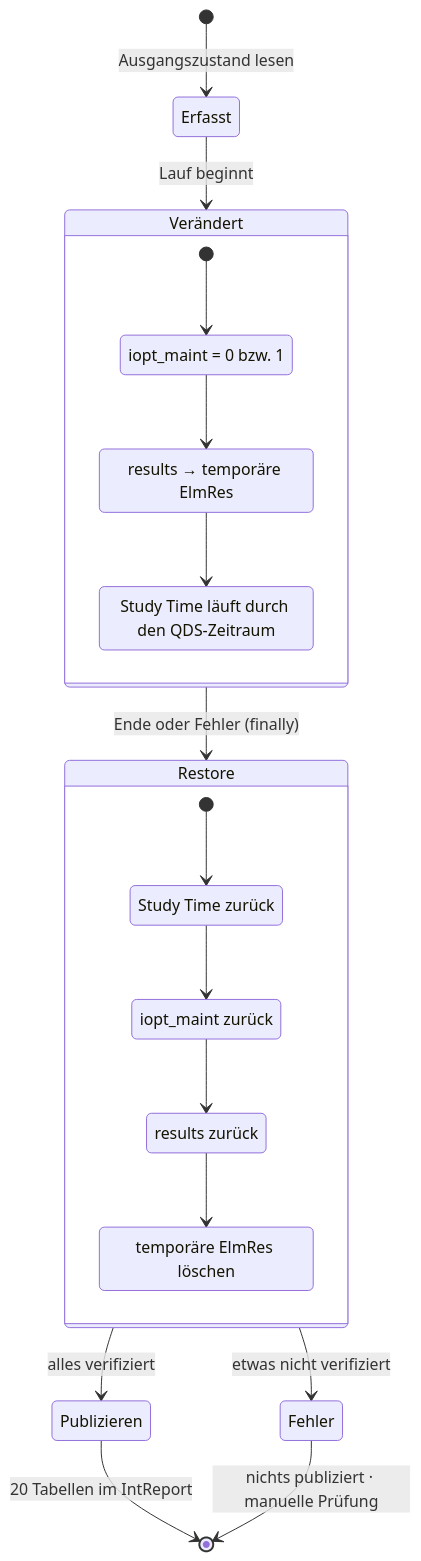
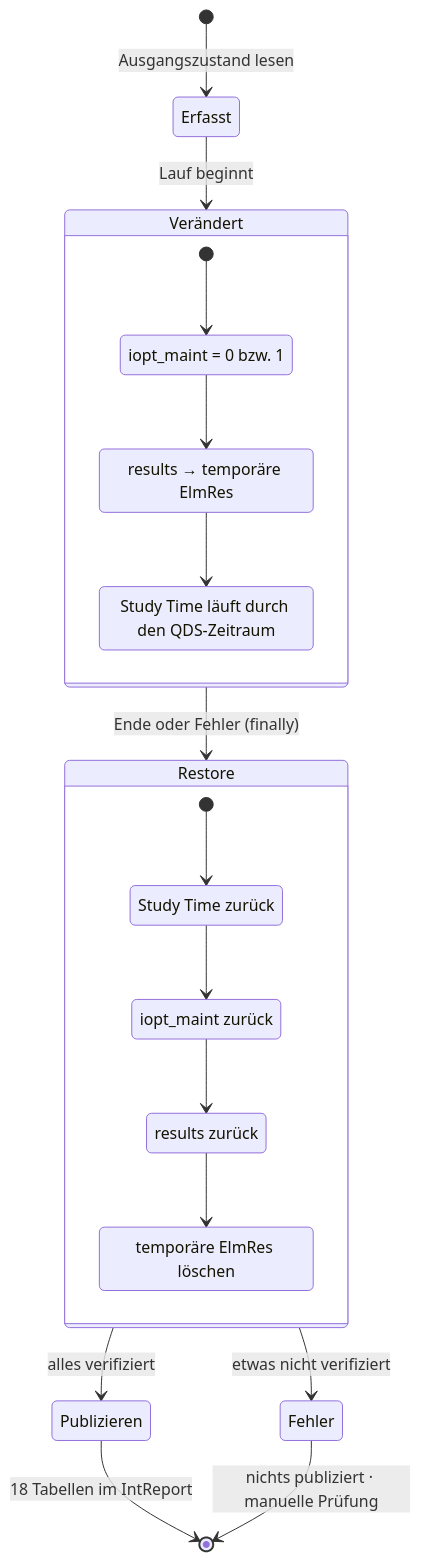
Before and after one commit to hadiibrahim-Engin/gridlens-powerfactory: the sixth of 7 diagrams in BIG_PICTURE.md, drawn with Mermaid. The commit also changed other lines of this file and 3 other files, not shown here.

````diff
--- a/BIG_PICTURE.md
+++ b/BIG_PICTURE.md
@@ -219,28 +229,28 @@
 ```mermaid
 stateDiagram-v2
     [*] --> Erfasst: Ausgangszustand lesen
     Erfasst --> Verändert: Lauf beginnt
     state Verändert {
         state "iopt_maint = 0 bzw. 1" as Option
         state "results → temporäre ElmRes" as Bindung
         state "Study Time läuft durch den QDS-Zeitraum" as Uhr
         [*] --> Option
         Option --> Bindung
         Bindung --> Uhr
     }
     Verändert --> Restore: Ende oder Fehler (finally)
     state Restore {
         state "Study Time zurück" as R1
         state "iopt_maint zurück" as R2
         state "results zurück" as R3
         state "temporäre ElmRes löschen" as R4
         [*] --> R1
         R1 --> R2
         R2 --> R3
         R3 --> R4
     }
     Restore --> Publizieren: alles verifiziert
     Restore --> Fehler: etwas nicht verifiziert
-    Publizieren --> [*]: 20 Tabellen im IntReport
+    Publizieren --> [*]: 18 Tabellen im IntReport
     Fehler --> [*]: nichts publiziert · manuelle Prüfung
 ```
````
